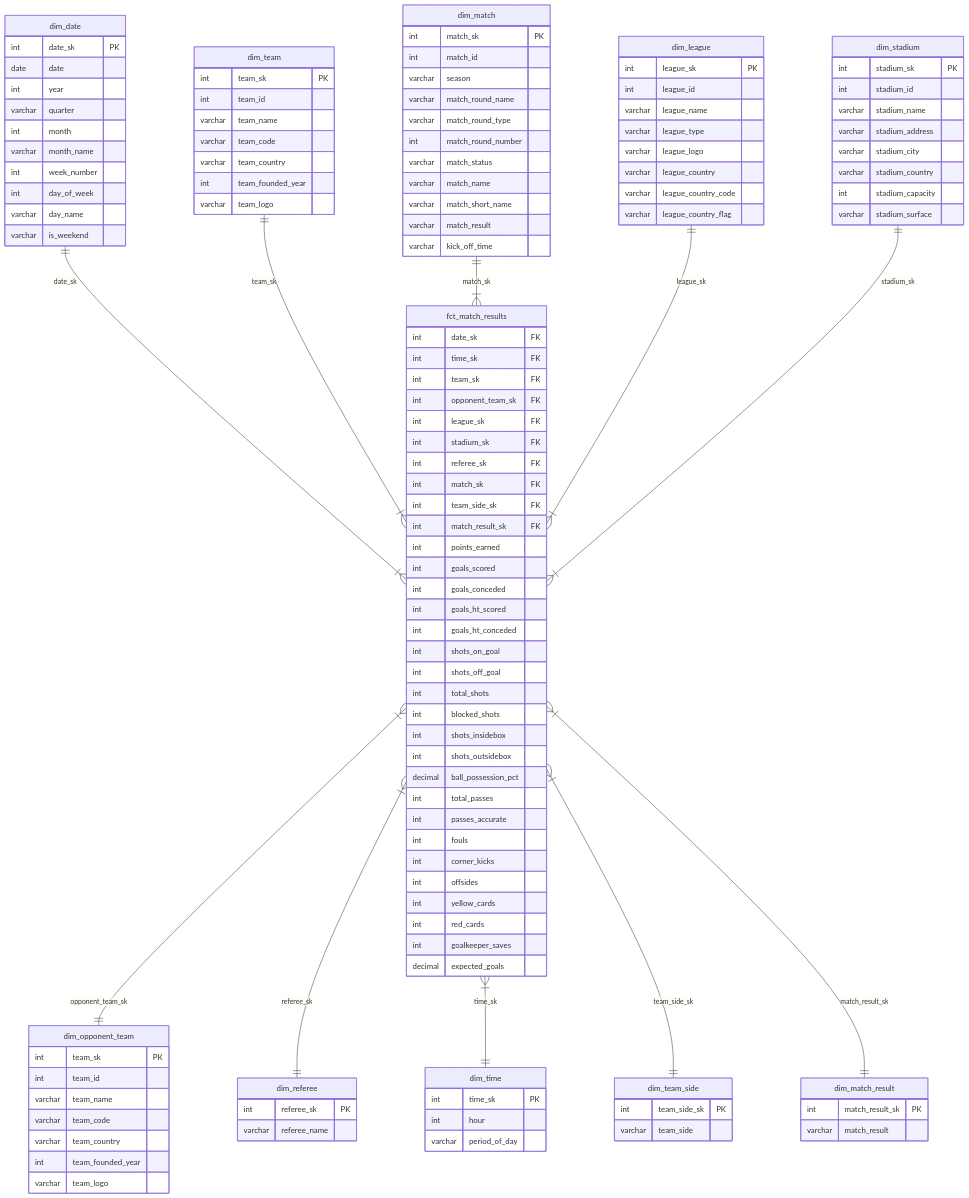
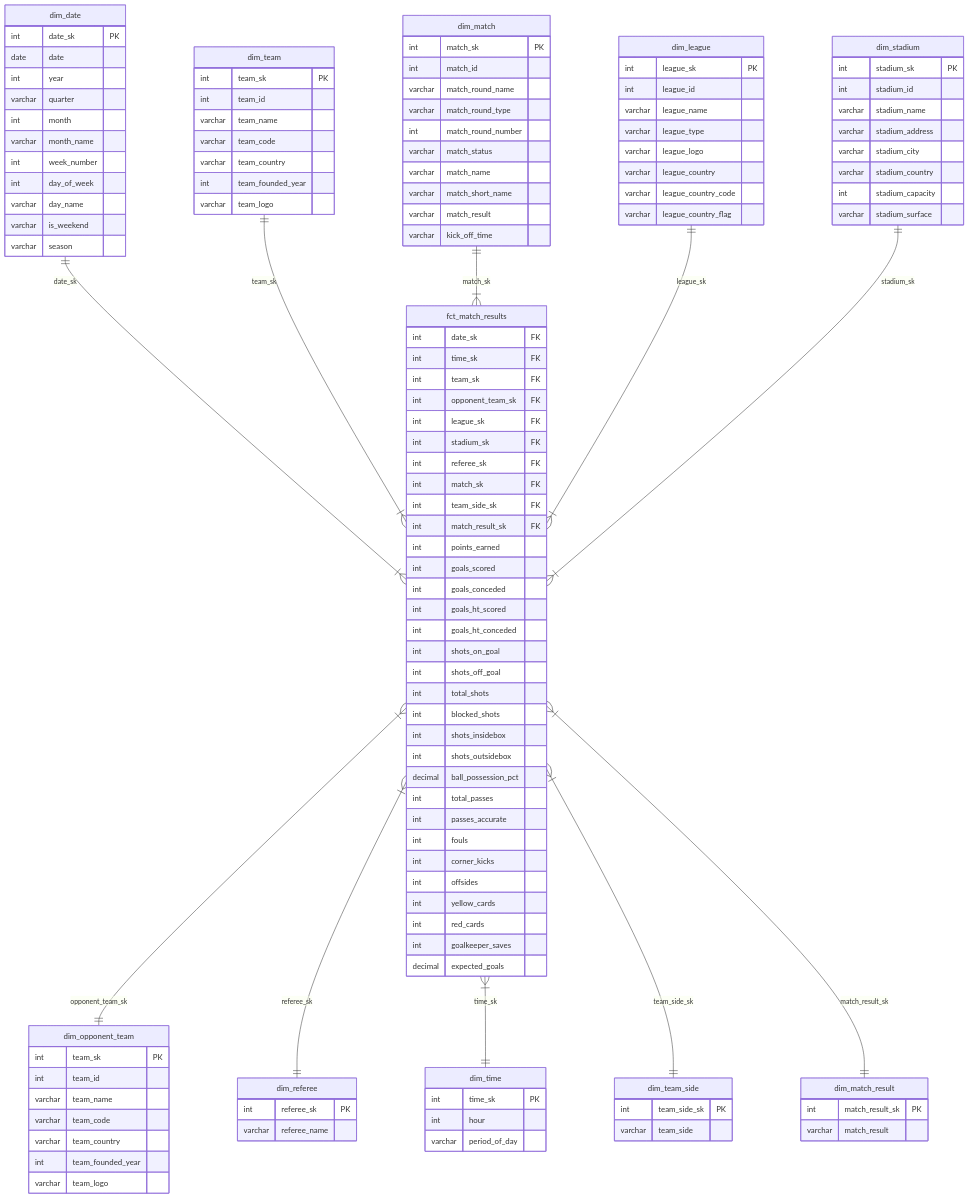
Before and after one commit to SaUgKi1773/data-engineering-demo: the diagram in docs/_posts/2026-04-14-silver-and-gold-layers.md, drawn with Mermaid. The commit also changed other lines of this file and 17 other files, not shown here.

```diff
--- a/docs/_posts/2026-04-14-silver-and-gold-layers.md
+++ b/docs/_posts/2026-04-14-silver-and-gold-layers.md
@@ -157,6 +157,7 @@
         int day_of_week
         varchar day_name
         varchar is_weekend
+        varchar season
     }
     dim_time {
         int time_sk PK
@@ -184,7 +185,6 @@
     dim_match {
         int match_sk PK
         int match_id
-        varchar season
         varchar match_round_name
         varchar match_round_type
         int match_round_number
```
